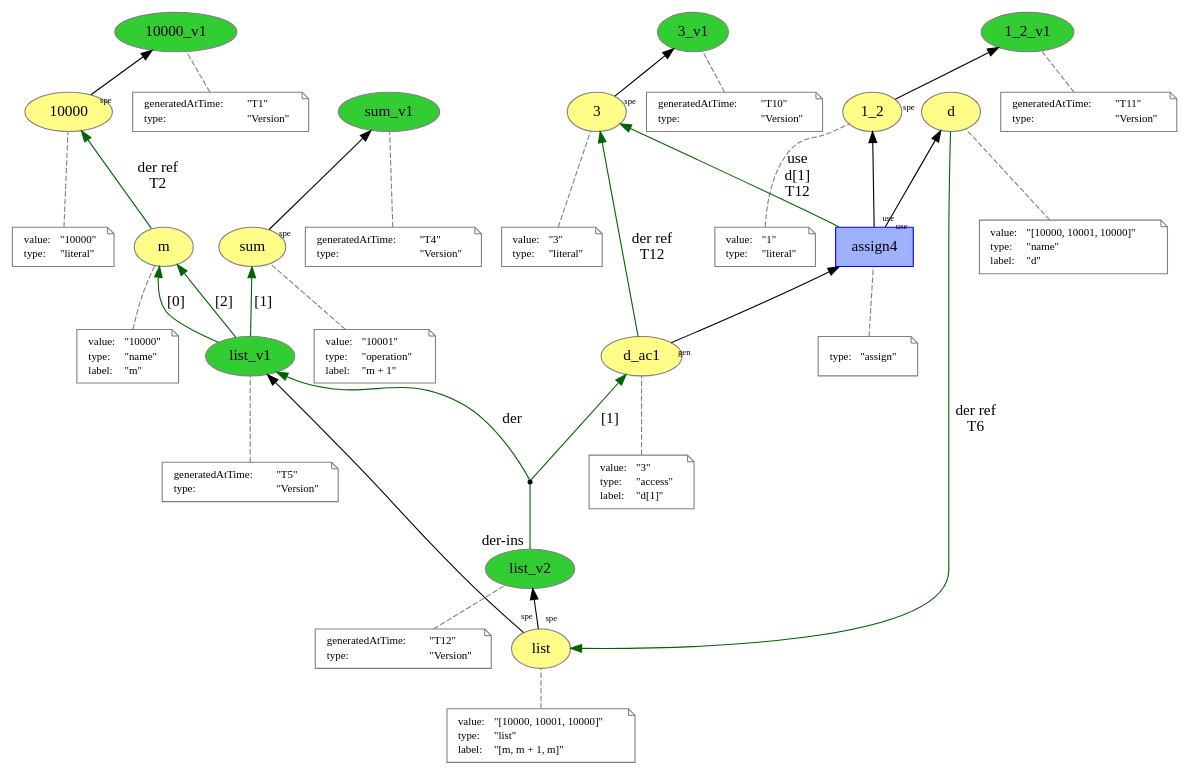
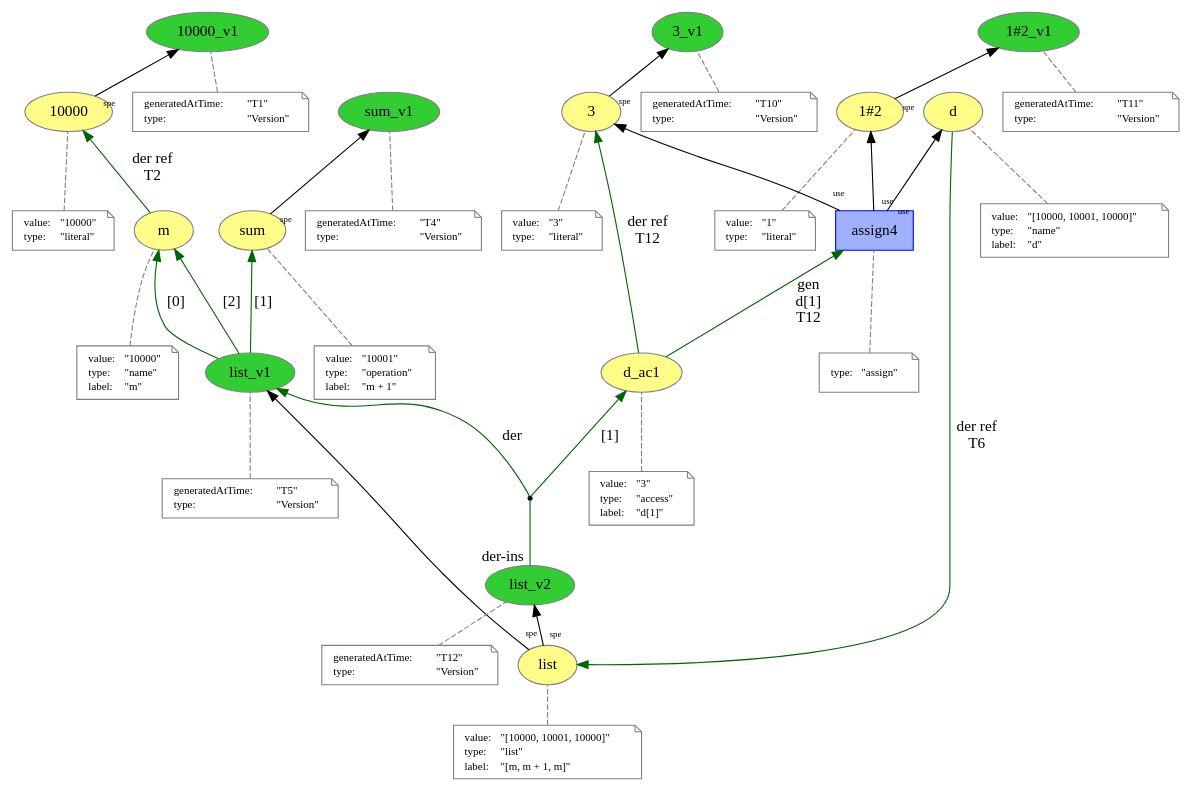
Before and after one commit to dew-uff/versioned-prov: the diagram in intertwined_prov/part_assign.dot, drawn with Graphviz. The commit also changed 501 other files, not shown here.

```diff
--- a/intertwined_prov/part_assign.dot
+++ b/intertwined_prov/part_assign.dot
@@ -146,7 +146,7 @@
 </TABLE>>]
 "-attrs9" -> "http://example.org/3_v1" [color="gray",style="dashed",arrowhead="none"]
 "http://example.org/3" -> "http://example.org/3_v1" [labelfontsize="8",labeldistance="1.5",labelangle="60.0",rotation="20",taillabel="spe"]
-"http://example.org/1_2" [fillcolor="#FFFC87",color="#808080",style="filled",label="1_2",URL="http://example.org/1_2"]
+"http://example.org/1#2" [fillcolor="#FFFC87",color="#808080",style="filled",label="1#2",URL="http://example.org/1#2"]
 "-attrs10" [color="gray",shape="note",fontsize="10",fontcolor="black",label=<<TABLE cellpadding="0" border="0">
 	<TR>
 	    <TD align="left">value:</TD>
@@ -157,8 +157,8 @@
 	    <TD align="left">&quot;literal&quot;</TD>
 	</TR>
 </TABLE>>]
-"-attrs10" -> "http://example.org/1_2" [color="gray",style="dashed",arrowhead="none"]
-"http://example.org/1_2_v1" [fillcolor="#32CD32",color="#808080",style="filled",label="1_2_v1",URL="http://example.org/1_2_v1"]
+"-attrs10" -> "http://example.org/1#2" [color="gray",style="dashed",arrowhead="none"]
+"http://example.org/1#2_v1" [fillcolor="#32CD32",color="#808080",style="filled",label="1#2_v1",URL="http://example.org/1#2_v1"]
 "-attrs11" [color="gray",shape="note",fontsize="10",fontcolor="black",label=<<TABLE cellpadding="0" border="0">
 	<TR>
 	    <TD align="left">generatedAtTime:</TD>
@@ -169,8 +169,8 @@
 	    <TD align="left">&quot;Version&quot;</TD>
 	</TR>
 </TABLE>>]
-"-attrs11" -> "http://example.org/1_2_v1" [color="gray",style="dashed",arrowhead="none"]
-"http://example.org/1_2" -> "http://example.org/1_2_v1" [labelfontsize="8",labeldistance="1.5",labelangle="60.0",rotation="20",taillabel="spe"]
+"-attrs11" -> "http://example.org/1#2_v1" [color="gray",style="dashed",arrowhead="none"]
+"http://example.org/1#2" -> "http://example.org/1#2_v1" [labelfontsize="8",labeldistance="1.5",labelangle="60.0",rotation="20",taillabel="spe"]
 "http://example.org/d_ac1" [fillcolor="#FFFC87",color="#808080",style="filled",label="d_ac1",URL="http://example.org/d_ac1"]
 "-attrs12" [color="gray",shape="note",fontsize="10",fontcolor="black",label=<<TABLE cellpadding="0" border="0">
 	<TR>
@@ -213,11 +213,11 @@
 </TABLE>>]
 "-attrs14" -> "http://example.org/assign4" [color="gray",style="dashed",arrowhead="none"]
 "http://example.org/assign4" -> "http://example.org/d" [labelfontsize="8",labeldistance="1.5",labelangle="60.0",rotation="20",taillabel="use"]
-"http://example.org/assign4" -> "http://example.org/1_2" [labelfontsize="8",labeldistance="1.5",labelangle="60.0",rotation="20",taillabel="use"]
-"http://example.org/assign4" -> "http://example.org/3" [labelfontsize="8",labeldistance="1.5",color="darkgreen",labelangle="60.0",rotation="20",label="use
+"http://example.org/assign4" -> "http://example.org/1#2" [labelfontsize="8",labeldistance="1.5",labelangle="60.0",rotation="20",taillabel="use"]
+"http://example.org/assign4" -> "http://example.org/3" [labelfontsize="8",labeldistance="1.5",labelangle="60.0",rotation="20",taillabel="use"]
+"http://example.org/d_ac1" -> "http://example.org/assign4" [labelfontsize="8",labeldistance="1.5",color="darkgreen",labelangle="60.0",rotation="20",label="gen
 d[1]
 T12"]
-"http://example.org/d_ac1" -> "http://example.org/assign4" [labelfontsize="8",labeldistance="1.5",labelangle="60.0",rotation="20",taillabel="gen"]
 "http://example.org/d_ac1" -> "http://example.org/3" [labelfontsize="8",labeldistance="1.5",color="darkgreen",labelangle="60.0",rotation="20",label="der ref
 T12"]
 }
```
